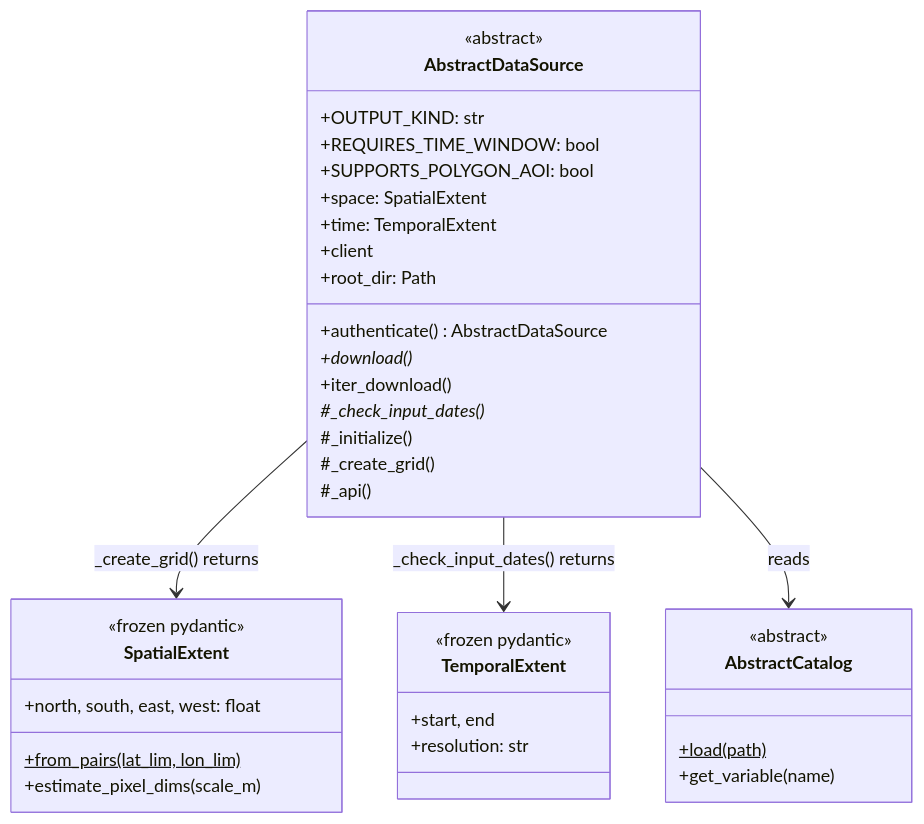
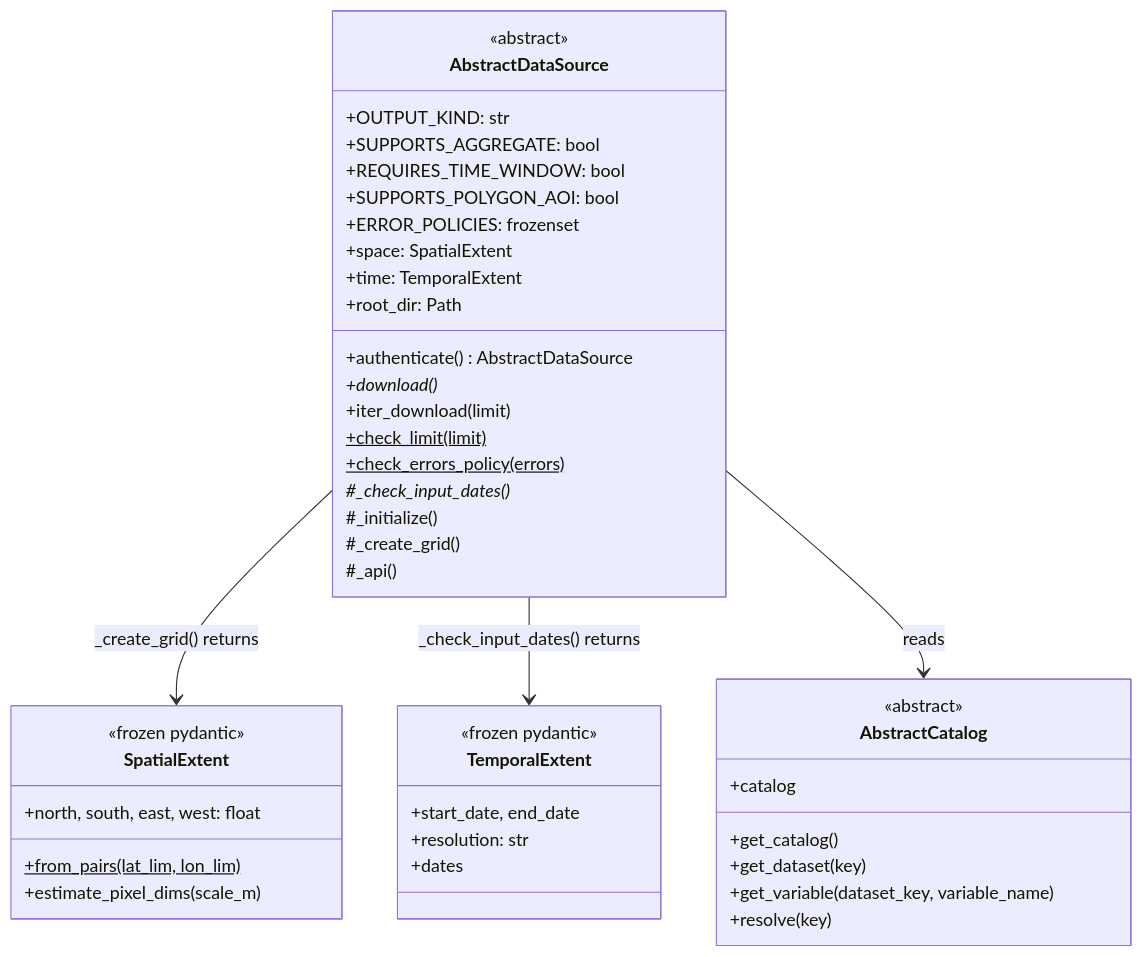
The third of 5 diagrams in docs/overview/architecture.md (serapeum-org/earthlens), drawn with Mermaid before and after one commit. The commit also changed other lines of this file, not shown here.

Commit message:
docs(architecture): correct the class diagram, sources() and the S3 catalog
Three claims on the page were wrong against the code:

- The diagram listed `+client` on AbstractDataSource, which has no such public
  member, and gave AbstractCatalog a `load(path)` classmethod it does not
  define with a one-argument `get_variable`; the real signature takes
  `(dataset_key, variable_name)`. TemporalExtent's fields are `start_date` /
  `end_date` / `resolution` / `dates`, not `start` / `end`. Replaced with the
  members the classes actually expose, including the `SUPPORTS_AGGREGATE`,
  `ERROR_POLICIES`, `check_limit` and `check_errors_policy` surface the page
  had omitted.
- `sources()` was annotated "aliases included". It returns the 48 canonical
  keys; the registry holds 115 with aliases, and discovery.md said the
  opposite.
- S3 was described as introspecting its catalog live. It ships
  `s3_data_catalog.yaml`, and this page said so itself 54 lines later.

````diff
--- a/docs/overview/architecture.md
+++ b/docs/overview/architecture.md
@@ -73,43 +73,50 @@
 ```mermaid
 classDiagram
     class AbstractDataSource {
         <<abstract>>
         +OUTPUT_KIND: str
+        +SUPPORTS_AGGREGATE: bool
         +REQUIRES_TIME_WINDOW: bool
         +SUPPORTS_POLYGON_AOI: bool
+        +ERROR_POLICIES: frozenset
         +space: SpatialExtent
         +time: TemporalExtent
-        +client
         +root_dir: Path
         +authenticate() AbstractDataSource
         +download()*
-        +iter_download()
+        +iter_download(limit)
+        +check_limit(limit)$
+        +check_errors_policy(errors)$
         #_check_input_dates()*
         #_initialize()
         #_create_grid()
         #_api()
     }
 
     class SpatialExtent {
         <<frozen pydantic>>
         +north, south, east, west: float
         +from_pairs(lat_lim, lon_lim)$
         +estimate_pixel_dims(scale_m)
     }
 
     class TemporalExtent {
         <<frozen pydantic>>
-        +start, end
+        +start_date, end_date
         +resolution: str
+        +dates
     }
 
     class AbstractCatalog {
         <<abstract>>
-        +load(path)$
-        +get_variable(name)
+        +catalog
+        +get_catalog()
+        +get_dataset(key)
+        +get_variable(dataset_key, variable_name)
+        +resolve(key)
     }
 
     AbstractDataSource --> SpatialExtent : _create_grid() returns
     AbstractDataSource --> TemporalExtent : _check_input_dates() returns
     AbstractDataSource --> AbstractCatalog : reads
 ```
````
